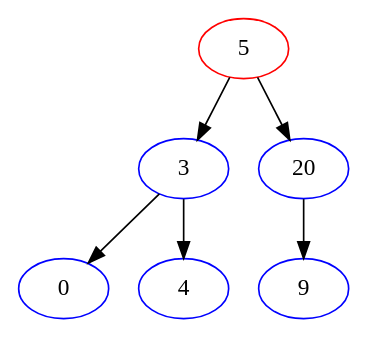
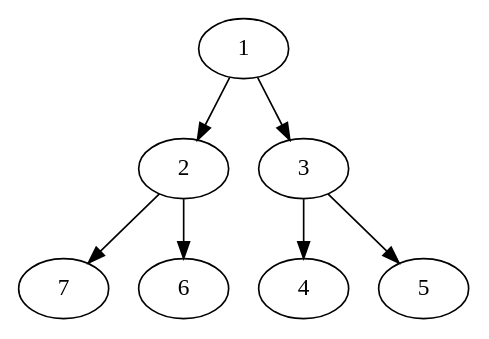
The diagram in labs/images/test.dot (nasoboleva/Lyceum-Graphs-Course), drawn with Graphviz before and after one commit. The commit also changed 3 other files, not shown here.

```diff
--- a/labs/images/test.dot
+++ b/labs/images/test.dot
@@ -1,13 +1,8 @@
 strict digraph "" {
-	5	 [color=red];
-	3	 [color=blue];
-	5 -> 3;
-	20	 [color=blue];
-	5 -> 20;
-	0	 [color=blue];
-	3 -> 0;
-	4	 [color=blue];
+	1 -> 2;
+	1 -> 3;
+	2 -> 7;
+	2 -> 6;
 	3 -> 4;
-	9	 [color=blue];
-	20 -> 9;
+	3 -> 5;
 }
```
